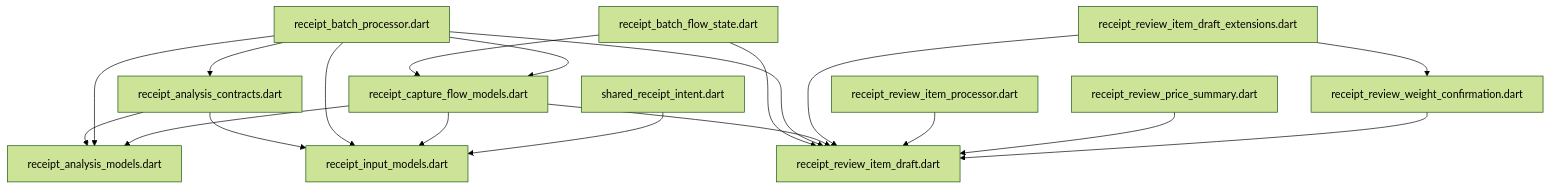
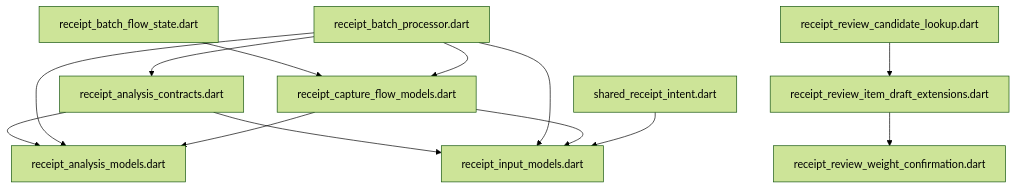
One commit to repinw/yamt changed the diagram in lib/features/scanner/domain/DEPS.md. Above: the diagram before and after it, drawn with Mermaid (forest theme). The commit also changed 39 other files, not shown here.

Commit message:
chore(scaner): remove receipt draft export

````diff
--- a/lib/features/scanner/domain/DEPS.md
+++ b/lib/features/scanner/domain/DEPS.md
@@ -6,21 +6,15 @@
 ```mermaid
 flowchart TD;
 receipt_analysis_contracts.dart-->receipt_analysis_models.dart;
 receipt_analysis_contracts.dart-->receipt_input_models.dart;
 receipt_batch_flow_state.dart-->receipt_capture_flow_models.dart;
-receipt_batch_flow_state.dart-->receipt_review_item_draft.dart;
 receipt_batch_processor.dart-->receipt_analysis_contracts.dart;
 receipt_batch_processor.dart-->receipt_analysis_models.dart;
 receipt_batch_processor.dart-->receipt_capture_flow_models.dart;
 receipt_batch_processor.dart-->receipt_input_models.dart;
-receipt_batch_processor.dart-->receipt_review_item_draft.dart;
 receipt_capture_flow_models.dart-->receipt_analysis_models.dart;
 receipt_capture_flow_models.dart-->receipt_input_models.dart;
-receipt_capture_flow_models.dart-->receipt_review_item_draft.dart;
-receipt_review_item_draft_extensions.dart-->receipt_review_item_draft.dart;
+receipt_review_candidate_lookup.dart-->receipt_review_item_draft_extensions.dart;
 receipt_review_item_draft_extensions.dart-->receipt_review_weight_confirmation.dart;
-receipt_review_item_processor.dart-->receipt_review_item_draft.dart;
-receipt_review_price_summary.dart-->receipt_review_item_draft.dart;
-receipt_review_weight_confirmation.dart-->receipt_review_item_draft.dart;
 shared_receipt_intent.dart-->receipt_input_models.dart;
 ```
````
